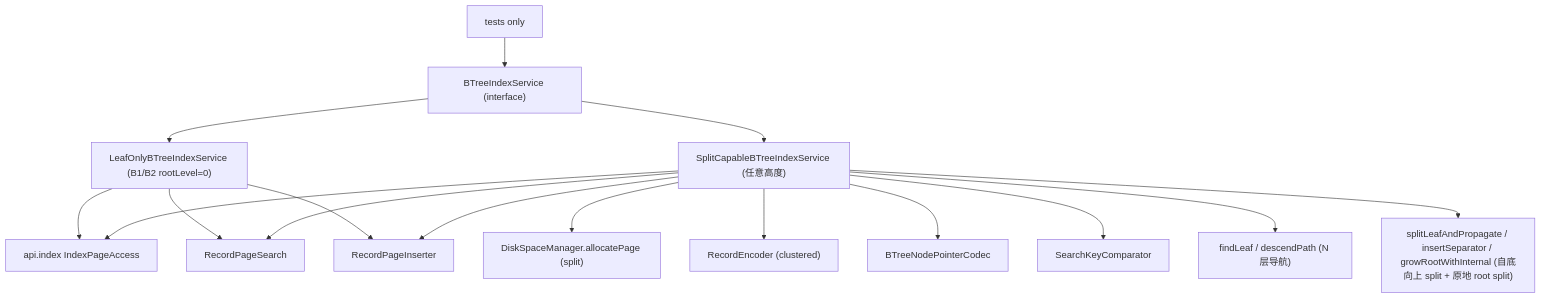
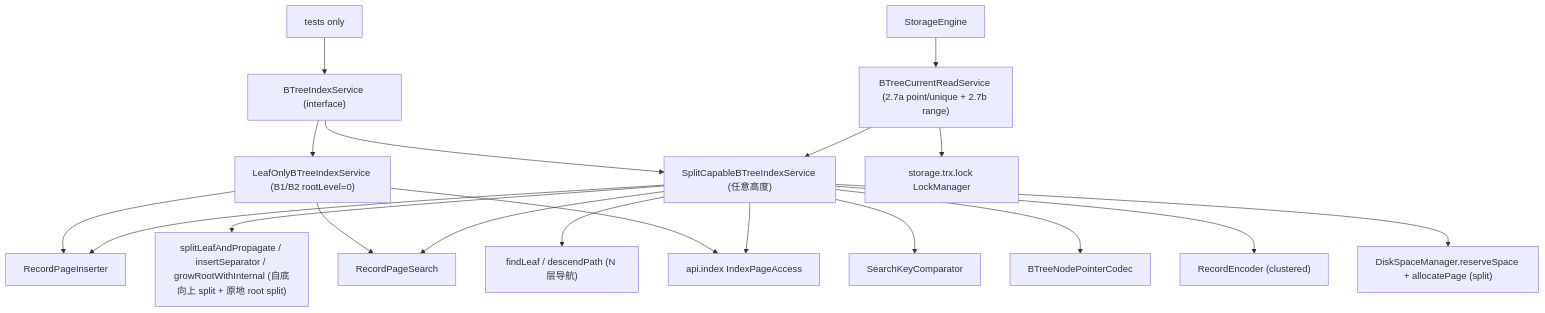
One commit to mywnlb/dbtest changed the fourth of 9 diagrams in docs/design/current-implementation-map.md. Above: the diagram before and after it, drawn with Mermaid. The commit also changed other lines of this file and 118 other files, not shown here.

````diff
--- a/docs/design/current-implementation-map.md
+++ b/docs/design/current-implementation-map.md
@@ -183,19 +185,22 @@
 ```mermaid
 flowchart TD
   Facade["BTreeIndexService (interface)"]
   Facade --> Leaf["LeafOnlyBTreeIndexService (B1/B2 rootLevel=0)"]
   Facade --> Split["SplitCapableBTreeIndexService (任意高度)"]
   Leaf --> PageAccess["api.index IndexPageAccess"]
   Split --> PageAccess
-  Split --> Disk["DiskSpaceManager.allocatePage (split)"]
+  Split --> Disk["DiskSpaceManager.reserveSpace + allocatePage (split)"]
   Split --> RecordEncoder["RecordEncoder (clustered)"]
   Split --> PtrCodec["BTreeNodePointerCodec"]
   Split --> KeyCmp["SearchKeyComparator"]
   Leaf --> RSearch["RecordPageSearch"]
   Split --> RSearch
   Leaf --> RInserter["RecordPageInserter"]
   Split --> RInserter
   Split --> Descend["findLeaf / descendPath (N 层导航)"]
   Split --> SplitEngine["splitLeafAndPropagate / insertSeparator / growRootWithInternal (自底向上 split + 原地 root split)"]
+  Engine["StorageEngine"] --> CurrentRead["BTreeCurrentReadService (2.7a point/unique + 2.7b range)"]
+  CurrentRead --> Split
+  CurrentRead --> LockMgr["storage.trx.lock LockManager"]
   Tests["tests only"] --> Facade
 ```
````
